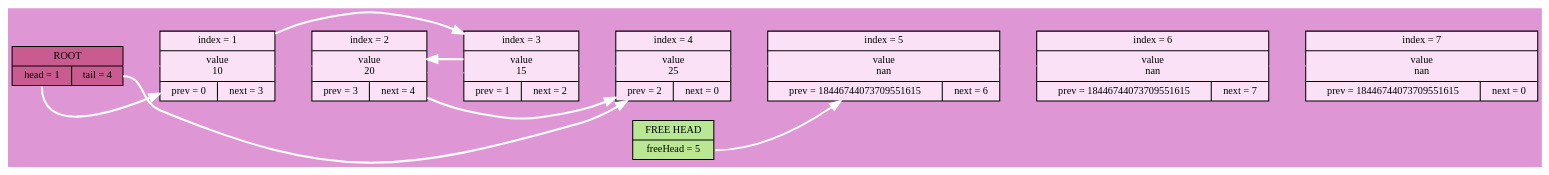
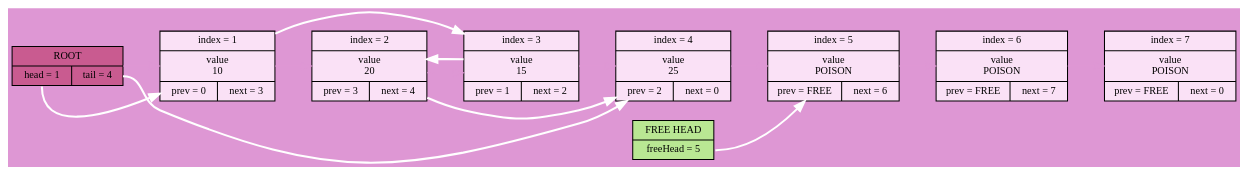
The diagram in log/dot/iter2.dot (Wool5443/LinkedList), drawn with Graphviz before and after one commit. The commit also changed 38 other files, not shown here.

```diff
--- a/log/dot/iter2.dot
+++ b/log/dot/iter2.dot
@@ -1,20 +1,20 @@
 digraph
 {
 rankdir = LR;
 node[shape = record, color = "#000000", fontname = "Fira Code Bold", fontsize = 10];
 bgcolor = "#de97d4";
 ROOT[style = "filled", fillcolor = "#c95b90", label = "ROOT|{<head>head = 1|<tail>tail = 4}"];
 FREE_HEAD[style = "filled", fillcolor = "#b9e793", label = "FREE HEAD|<freeHead>freeHead = 5"];
 CELL_1[style = "filled", fillcolor = "#fae1f6", label = "index = 1|value\n10|{prev = 0|next = 3}"];
 CELL_2[style = "filled", fillcolor = "#fae1f6", label = "index = 2|value\n20|{prev = 3|next = 4}"];
 CELL_3[style = "filled", fillcolor = "#fae1f6", label = "index = 3|value\n15|{prev = 1|next = 2}"];
 CELL_4[style = "filled", fillcolor = "#fae1f6", label = "index = 4|value\n25|{prev = 2|next = 0}"];
-CELL_5[style = "filled", fillcolor = "#fae1f6", label = "index = 5|value\nnan|{prev = 18446744073709551615|next = 6}"];
-CELL_6[style = "filled", fillcolor = "#fae1f6", label = "index = 6|value\nnan|{prev = 18446744073709551615|next = 7}"];
-CELL_7[style = "filled", fillcolor = "#fae1f6", label = "index = 7|value\nnan|{prev = 18446744073709551615|next = 0}"];
+CELL_5[style = "filled", fillcolor = "#fae1f6", label = "index = 5|value\nPOISON|{prev = FREE|next = 6}"];
+CELL_6[style = "filled", fillcolor = "#fae1f6", label = "index = 6|value\nPOISON|{prev = FREE|next = 7}"];
+CELL_7[style = "filled", fillcolor = "#fae1f6", label = "index = 7|value\nPOISON|{prev = FREE|next = 0}"];
 ROOT->CELL_1->CELL_2->CELL_3->CELL_4->CELL_5->CELL_6->CELL_7 [weight = 1000000000, color = "#de97d4"];
 ROOT:head->CELL_1 [style = "bold", color = white];
 ROOT:tail->CELL_4 [style = "bold", color = white];
 CELL_1->CELL_3->CELL_2->CELL_4[style = "bold", color = white];
 FREE_HEAD:freeHead->CELL_5[style = "bold", color = white];
 }
```
